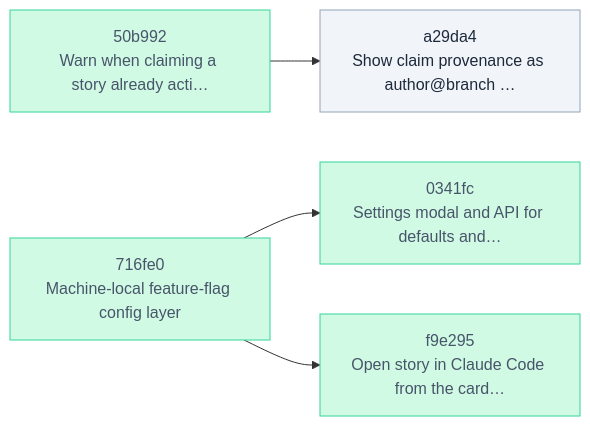
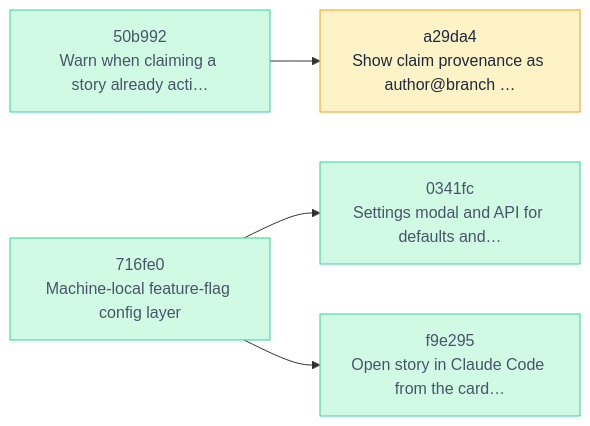
Before and after one commit to Vitund-AI/skald: the diagram in .skald/README.md, drawn with Mermaid. The commit also changed other lines of this file and 1 other file, not shown here.

````diff
--- a/.skald/README.md
+++ b/.skald/README.md
@@ -16,15 +16,15 @@
 ```mermaid
 flowchart LR
     n_0341fc["0341fc<br/>Settings modal and API for defaults and…"]
     n_50b992["50b992<br/>Warn when claiming a story already acti…"]
     n_716fe0["716fe0<br/>Machine-local feature-flag config layer"]
     n_a29da4["a29da4<br/>Show claim provenance as author@branch …"]
     n_f9e295["f9e295<br/>Open story in Claude Code from the card…"]
     n_50b992 --> n_a29da4
     n_716fe0 --> n_0341fc
     n_716fe0 --> n_f9e295
-    classDef backlog fill:#f1f5f9,stroke:#94a3b8,color:#1e293b
+    classDef active fill:#fef3c7,stroke:#f59e0b,color:#1e293b
     classDef done fill:#d1fae5,stroke:#34d399,color:#475569
+    class n_a29da4 active
     class n_0341fc,n_50b992,n_716fe0,n_f9e295 done
-    class n_a29da4 backlog
 ```
````
